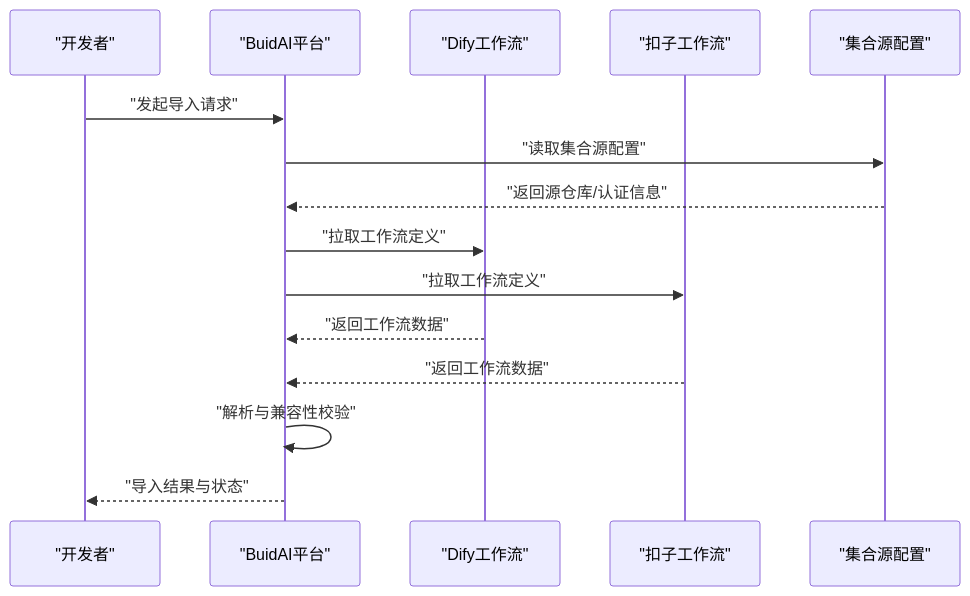
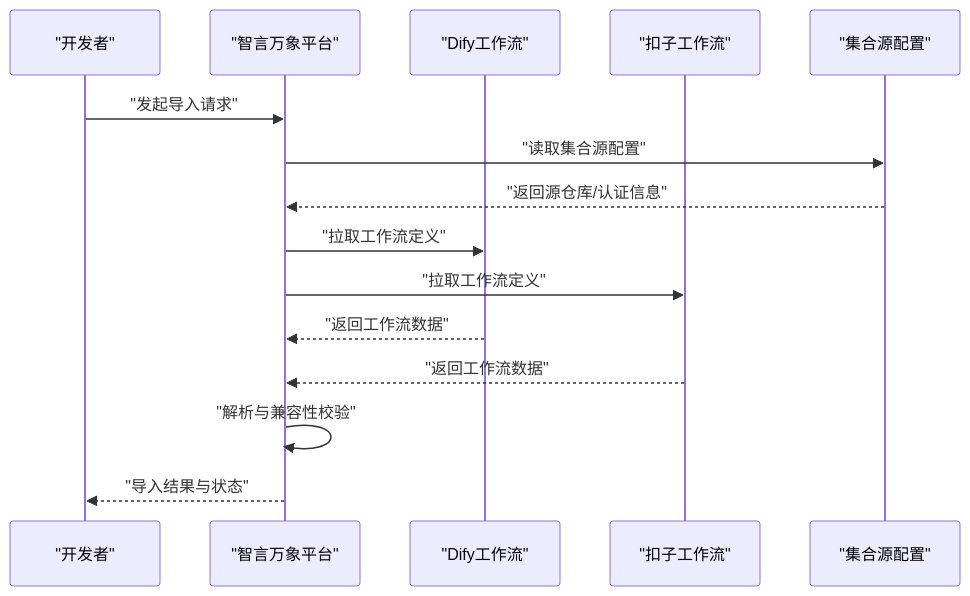
One commit to lllyyysss77/buidai changed the fourth of 6 diagrams in .qoder/repowiki/zh/content/核心功能/行业场景解决方案/行业场景解决方案.md. Above: the diagram before and after it, drawn with Mermaid. The commit also changed other lines of this file and 163 other files, not shown here.

````diff
--- a/.qoder/repowiki/zh/content/核心功能/行业场景解决方案/行业场景解决方案.md
+++ b/.qoder/repowiki/zh/content/核心功能/行业场景解决方案/行业场景解决方案.md
@@ -181,17 +181,17 @@
 ```mermaid
 sequenceDiagram
 participant Dev as "开发者"
-participant Platform as "BuidAI平台"
+participant Platform as "智言万象平台"
 participant Dify as "Dify工作流"
 participant Coze as "扣子工作流"
 participant Source as "集合源配置"
 Dev->>Platform : "发起导入请求"
 Platform->>Source : "读取集合源配置"
 Source-->>Platform : "返回源仓库/认证信息"
 Platform->>Dify : "拉取工作流定义"
 Platform->>Coze : "拉取工作流定义"
 Dify-->>Platform : "返回工作流数据"
 Coze-->>Platform : "返回工作流数据"
 Platform->>Platform : "解析与兼容性校验"
 Platform-->>Dev : "导入结果与状态"
 ```
````
